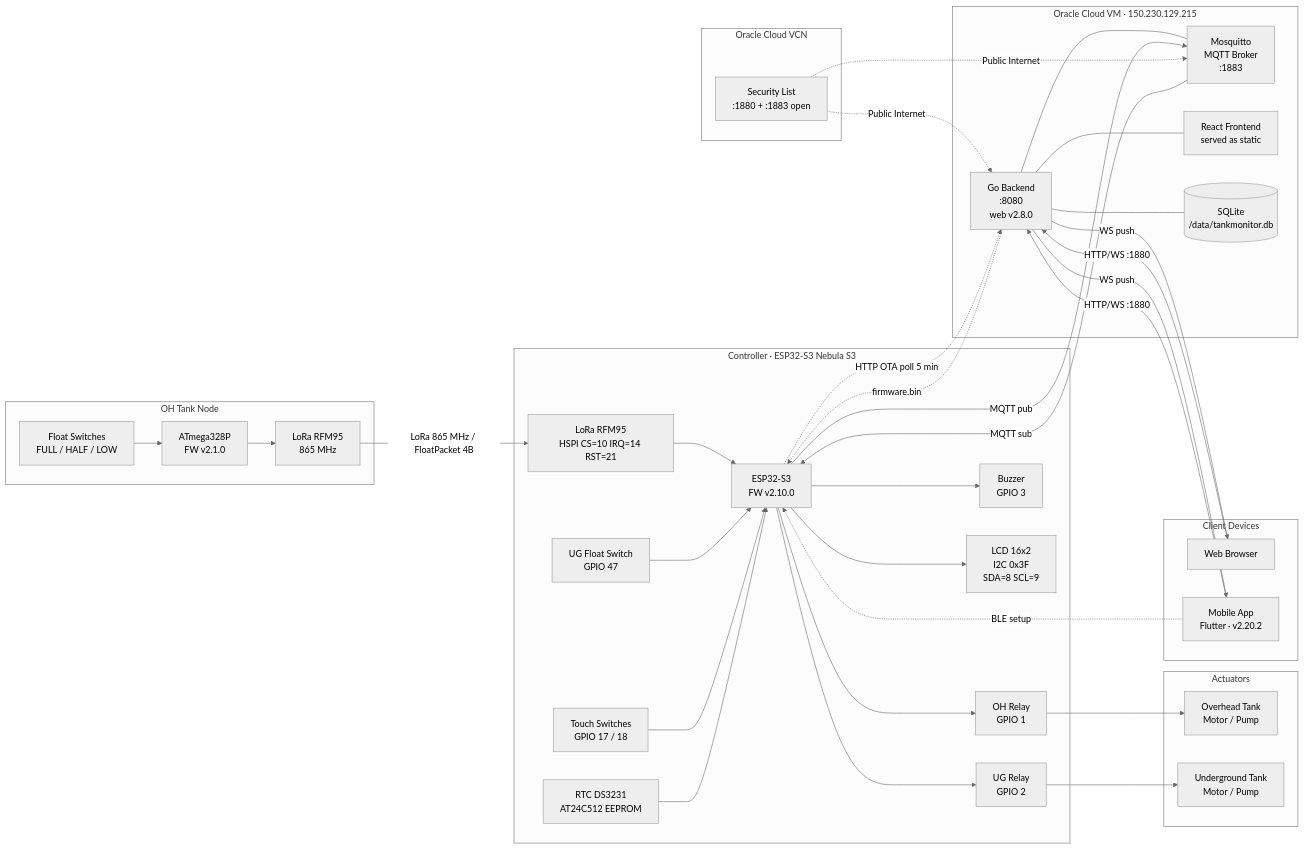
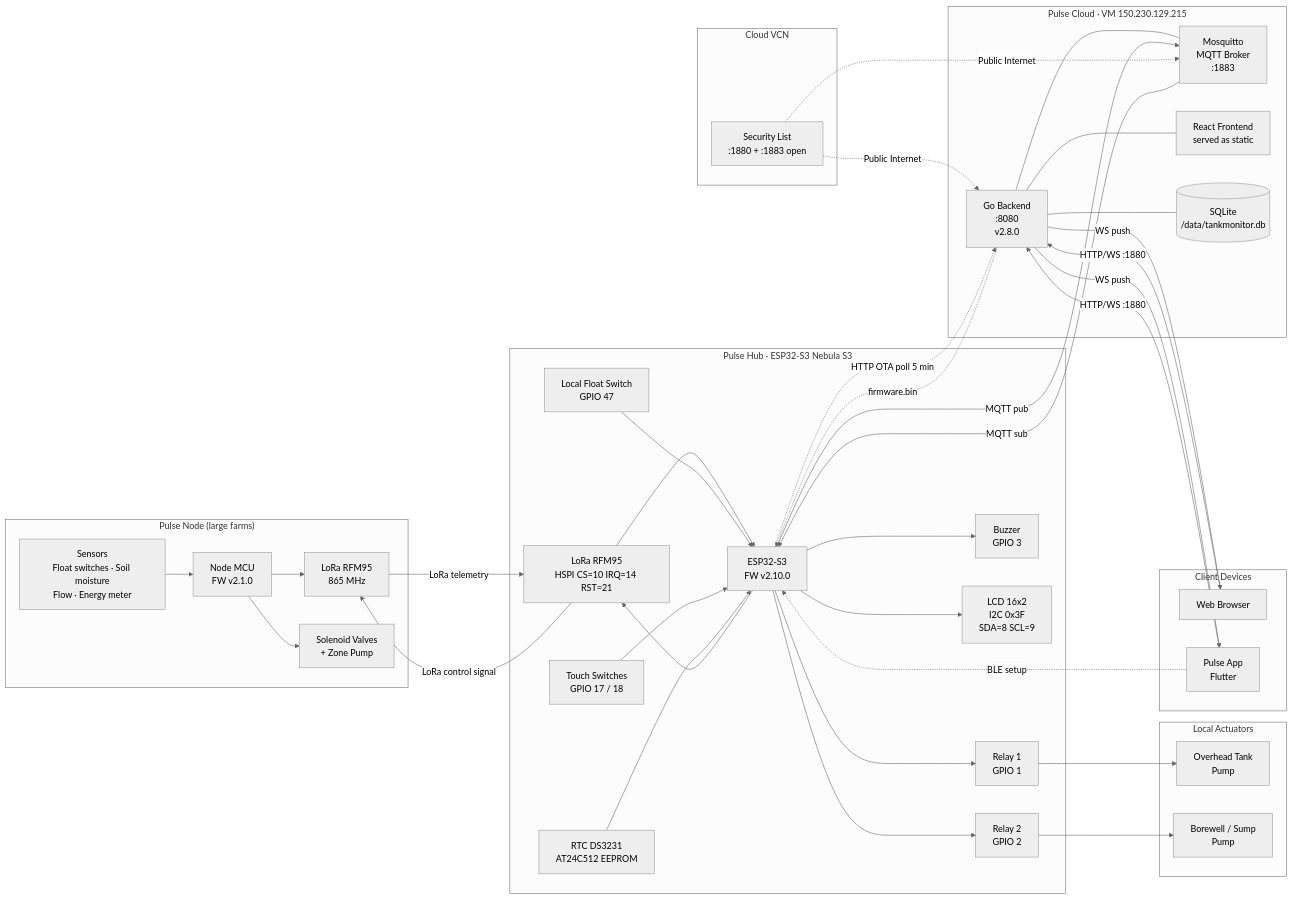
One commit to nperiannan/AgriPulse changed the second of 2 diagrams in README.md. Above: the diagram before and after it, drawn with Mermaid (neutral theme). The commit also changed other lines of this file and 262 other files, not shown here.

````diff
--- a/README.md
+++ b/README.md
@@ -39,72 +99,76 @@
 ```mermaid
 flowchart LR
-    subgraph OH_Node["OH Tank Node"]
-        F_OH["Float Switches\nFULL / HALF / LOW"]
-        TXmcu["ATmega328P\nFW v2.1.0"]
+    subgraph Remote["Pulse Node (large farms)"]
+        SENS["Sensors\nFloat switches · Soil moisture\nFlow · Energy meter"]
+        TXmcu["Node MCU\nFW v2.1.0"]
         TXlora["LoRa RFM95\n865 MHz"]
-        F_OH --> TXmcu --> TXlora
+        VALVE["Solenoid Valves\n+ Zone Pump"]
+        SENS --> TXmcu --> TXlora
+        TXmcu --> VALVE
     end
 
-    subgraph ESP32["Controller · ESP32-S3 Nebula S3"]
+    subgraph ESP32["Pulse Hub · ESP32-S3 Nebula S3"]
         RXlora["LoRa RFM95\nHSPI CS=10 IRQ=14 RST=21"]
-        F_UG["UG Float Switch\nGPIO 47"]
+        F_UG["Local Float Switch\nGPIO 47"]
         TOUCH["Touch Switches\nGPIO 17 / 18"]
         MCU["ESP32-S3\nFW v2.10.0"]
-        R_OH["OH Relay\nGPIO 1"]
-        R_UG["UG Relay\nGPIO 2"]
+        R_OH["Relay 1\nGPIO 1"]
+        R_UG["Relay 2\nGPIO 2"]
         BUZ["Buzzer\nGPIO 3"]
         LCD["LCD 16x2\nI2C 0x3F\nSDA=8 SCL=9"]
         RTC["RTC DS3231\nAT24C512 EEPROM"]
 
         RXlora --> MCU
         F_UG --> MCU
         TOUCH --> MCU
         RTC --> MCU
         MCU --> R_OH
         MCU --> R_UG
         MCU --> BUZ
         MCU --> LCD
+        MCU --> RXlora
     end
 
-    subgraph Actuators["Actuators"]
-        OH_M["Overhead Tank\nMotor / Pump"]
-        UG_M["Underground Tank\nMotor / Pump"]
+    subgraph Actuators["Local Actuators"]
+        OH_M["Overhead Tank\nPump"]
+        UG_M["Borewell / Sump\nPump"]
     end
 
-    subgraph OCI["Oracle Cloud VM · 150.230.129.215"]
+    subgraph OCI["Pulse Cloud · VM 150.230.129.215"]
         MQ["Mosquitto\nMQTT Broker\n:1883"]
-        GO["Go Backend\n:8080\nweb v2.8.0"]
+        GO["Go Backend\n:8080\nv2.8.0"]
         STATIC["React Frontend\nserved as static"]
         DB[("SQLite\n/data/tankmonitor.db")]
         GO --- MQ
         GO --- DB
         GO --- STATIC
     end
 
-    subgraph Cloud["Oracle Cloud VCN"]
+    subgraph Cloud["Cloud VCN"]
         PF["Security List\n:1880 + :1883 open"]
     end
 
     subgraph Clients["Client Devices"]
         BROWSER["Web Browser"]
-        PHONE["Mobile App\nFlutter · v2.20.2"]
+        PHONE["Pulse App\nFlutter"]
     end
 
-    TXlora -->|"LoRa 865 MHz / FloatPacket 4B"| RXlora
+    TXlora -->|"LoRa telemetry"| RXlora
+    RXlora -->|"LoRa control signal"| TXlora
     R_OH --> OH_M
     R_UG --> UG_M
 
     MCU -->|"MQTT pub"| MQ
     MQ -->|"MQTT sub"| MCU
     MCU -.->|"HTTP OTA poll 5 min"| GO
     GO -.->|"firmware.bin"| MCU
 
     BROWSER -->|"HTTP/WS :1880"| GO
     GO -->|"WS push"| BROWSER
     PHONE -->|"HTTP/WS :1880"| GO
     GO -->|"WS push"| PHONE
     PHONE -.->|"BLE setup"| MCU
 
     PF -.->|"Public Internet"| GO
     PF -.->|"Public Internet"| MQ
 ```
````
